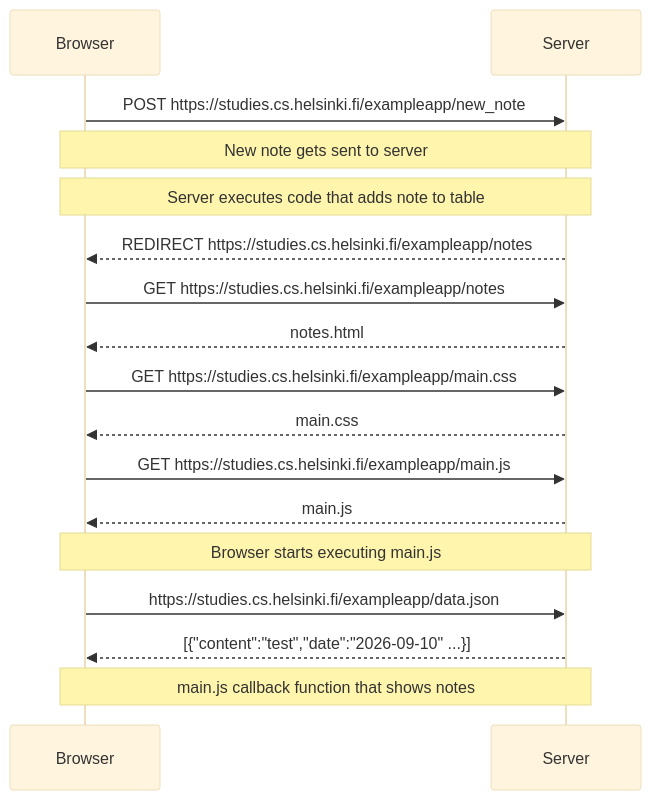
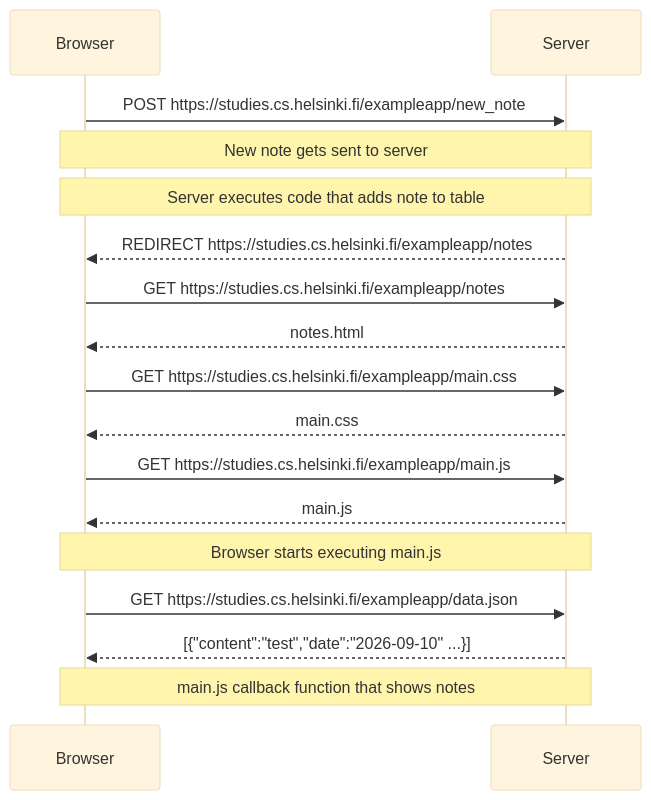
The diagram in osa0/sequence_diagram.md (lapatinn/fullstack), drawn with Mermaid (base theme) before and after one commit.

Commit message:
Fix formatting

````diff
--- a/osa0/sequence_diagram.md
+++ b/osa0/sequence_diagram.md
@@ -1,17 +1,17 @@
 ```mermaid
 sequenceDiagram
 Browser->>Server: POST https://studies.cs.helsinki.fi/exampleapp/new_note
 Note over Browser,Server: New note gets sent to server
 Note over Browser,Server: Server executes code that adds note to table
 Server-->>Browser: REDIRECT https://studies.cs.helsinki.fi/exampleapp/notes
 Browser->>Server: GET https://studies.cs.helsinki.fi/exampleapp/notes
 Server-->>Browser: notes.html
 Browser->>Server: GET https://studies.cs.helsinki.fi/exampleapp/main.css
 Server-->>Browser: main.css
 Browser->>Server: GET https://studies.cs.helsinki.fi/exampleapp/main.js
 Server-->>Browser: main.js
 Note over Browser,Server: Browser starts executing main.js
-Browser->>Server: https://studies.cs.helsinki.fi/exampleapp/data.json
+Browser->>Server: GET https://studies.cs.helsinki.fi/exampleapp/data.json
 Server-->>Browser: [{"content":"test","date":"2026-09-10" ...}]
 Note over Browser,Server: main.js callback function that shows notes
 ```
````
